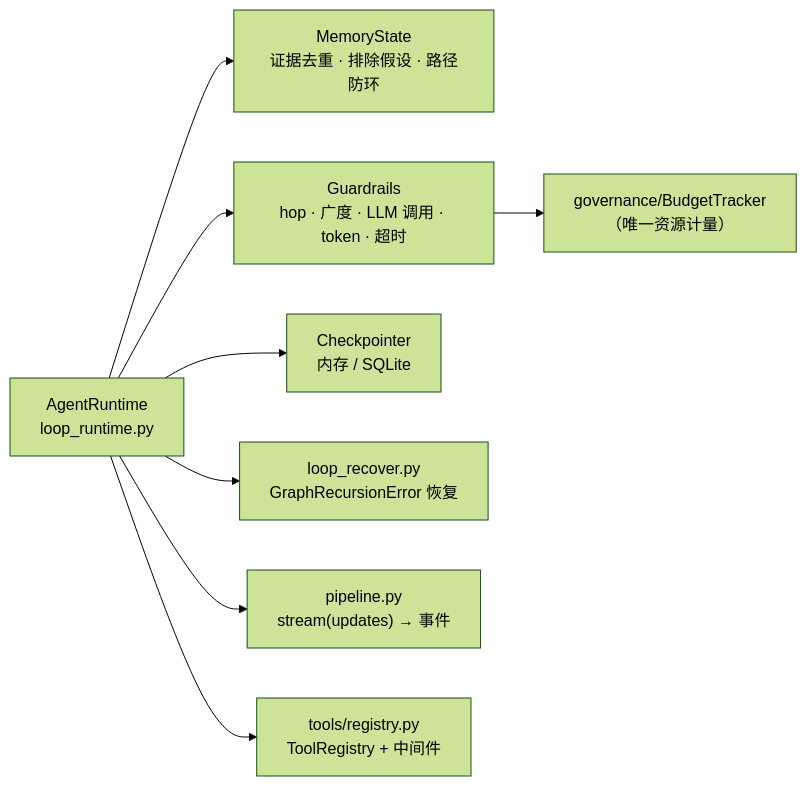
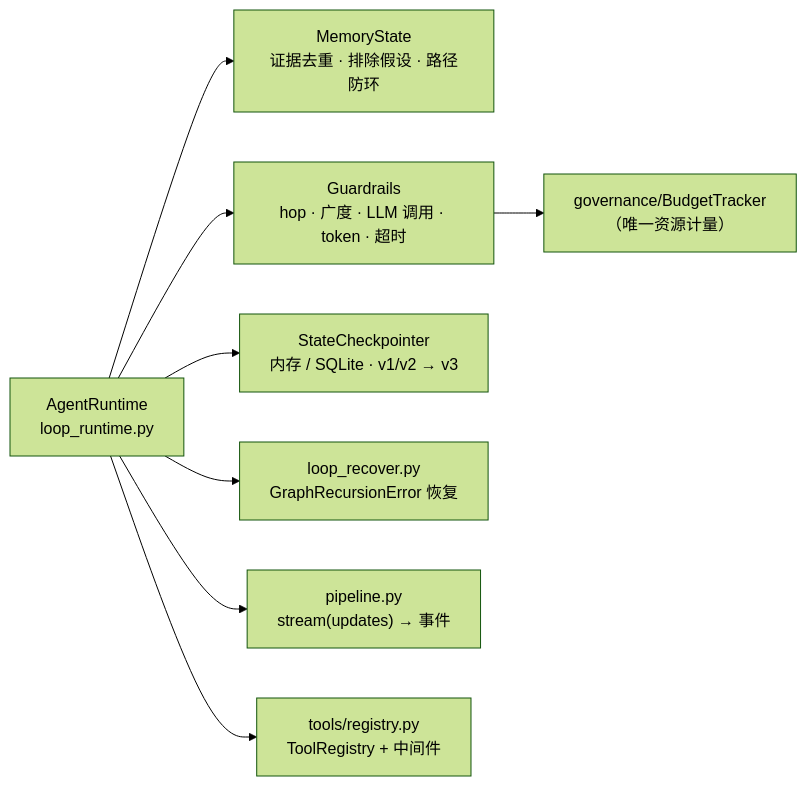
The fifth of 17 diagrams in docs/ARCHITECTURE.md (RightCloudhub/AG), drawn with Mermaid (forest theme) before and after one commit. The commit also changed other lines of this file and 38 other files, not shown here.

````diff
--- a/docs/ARCHITECTURE.md
+++ b/docs/ARCHITECTURE.md
@@ -164,10 +176,10 @@
 ```mermaid
 flowchart LR
     RT["AgentRuntime<br/>loop_runtime.py"] --> MEM["MemoryState<br/>证据去重 · 排除假设 · 路径防环"]
     RT --> GR["Guardrails<br/>hop · 广度 · LLM 调用 · token · 超时"]
-    RT --> CP["Checkpointer<br/>内存 / SQLite"]
+    RT --> CP["StateCheckpointer<br/>内存 / SQLite · v1/v2 → v3"]
     RT --> REC["loop_recover.py<br/>GraphRecursionError 恢复"]
     RT --> STR["pipeline.py<br/>stream(updates) → 事件"]
     GR --> BUD["governance/BudgetTracker<br/>（唯一资源计量）"]
     RT --> REG["tools/registry.py<br/>ToolRegistry + 中间件"]
 ```
````
